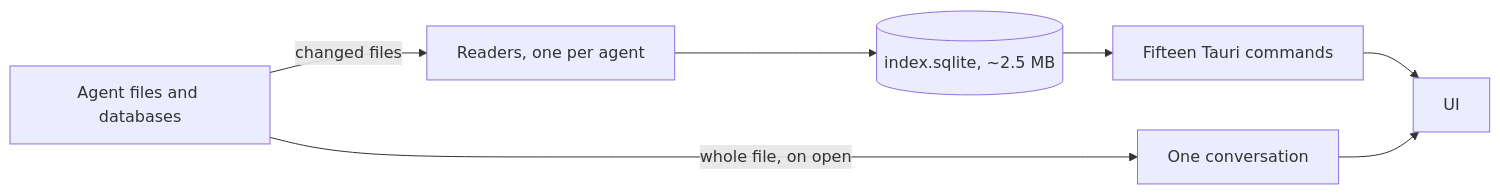
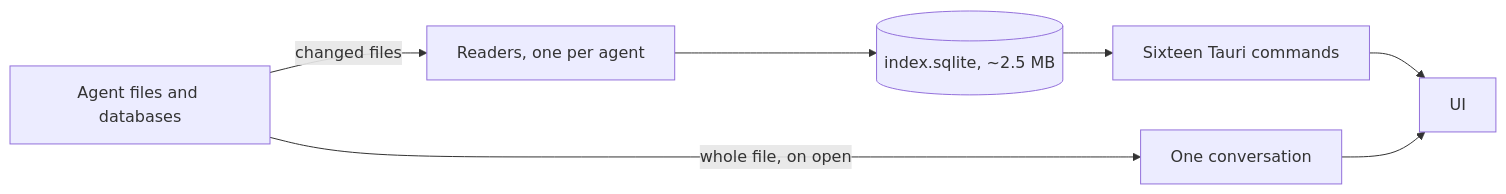
Before and after one commit to joeychilson/overwatch: the diagram in docs/README.md, drawn with Mermaid. The commit also changed other lines of this file and 19 other files, not shown here.

````diff
--- a/docs/README.md
+++ b/docs/README.md
@@ -25,9 +25,9 @@
 ```mermaid
 flowchart LR
     A[Agent files and databases] -->|changed files| B[Readers, one per agent]
     B --> C[(index.sqlite, ~2.5 MB)]
-    C --> D[Fifteen Tauri commands]
+    C --> D[Sixteen Tauri commands]
     D --> E[UI]
     A -->|whole file, on open| F[One conversation]
     F --> E
 ```
````
